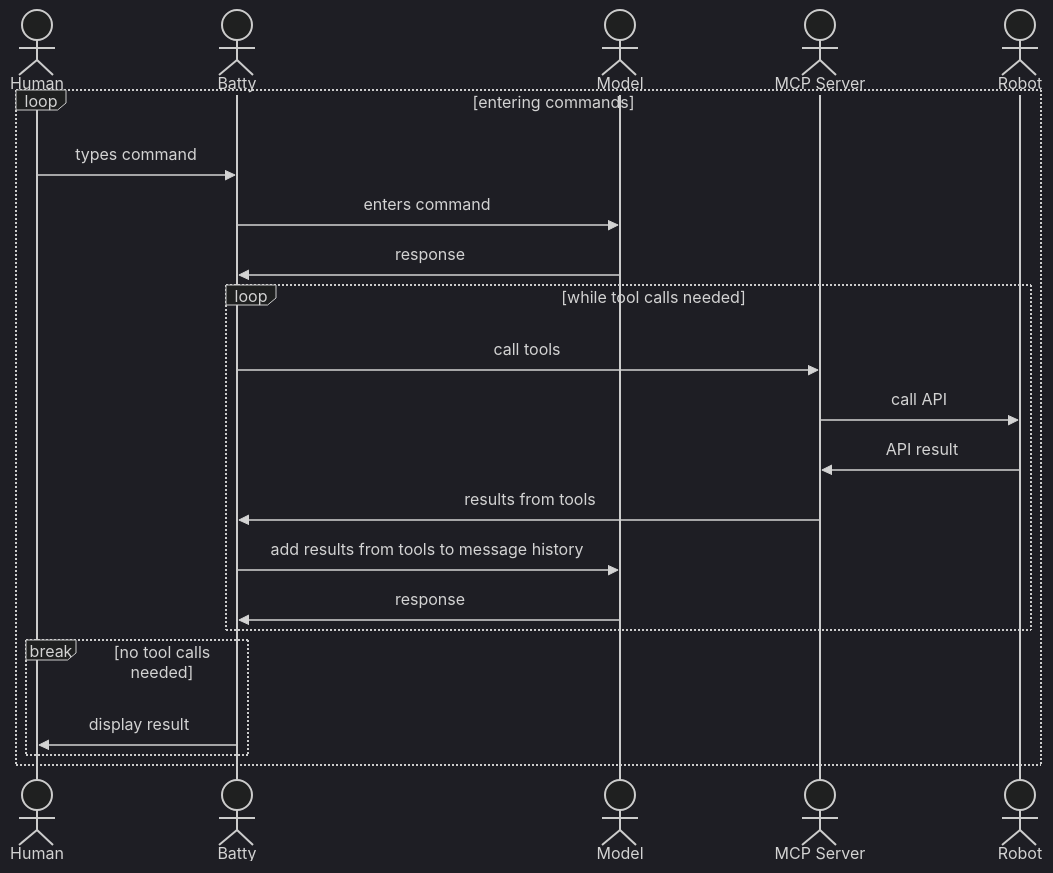
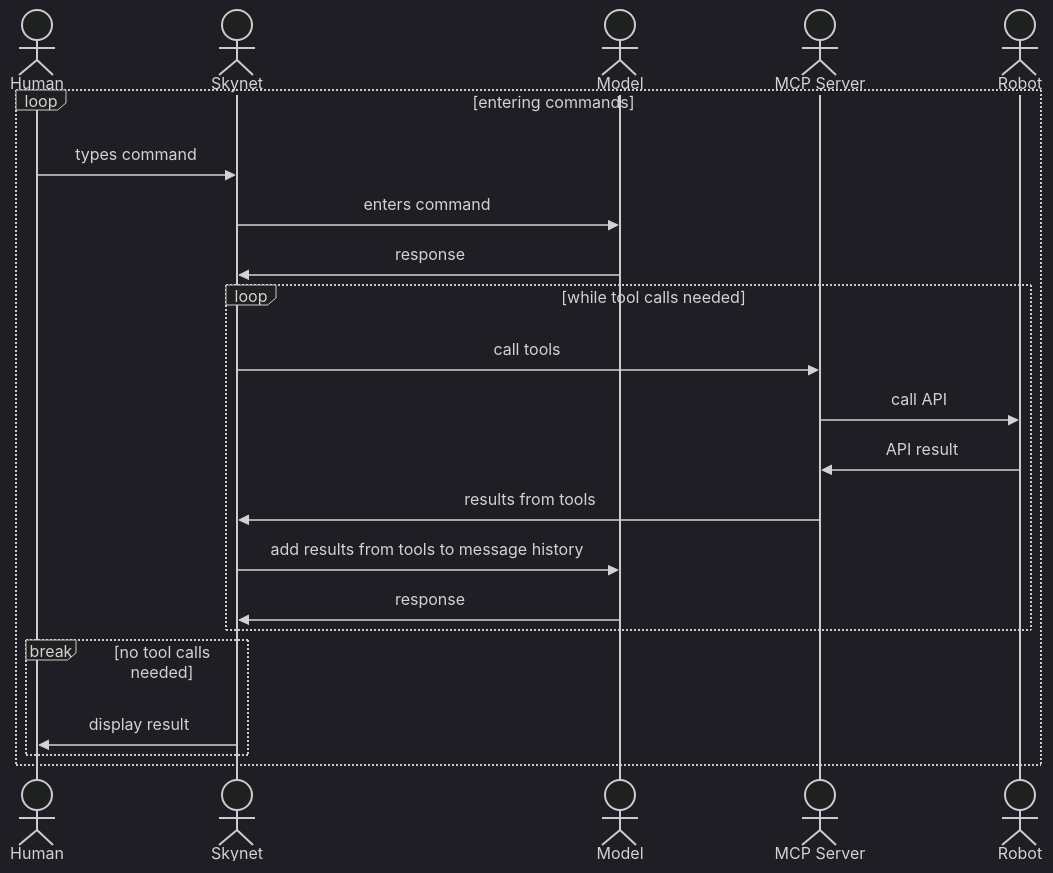
The second of 2 diagrams in README.md (hybridgroup/batty), drawn with Mermaid (dark theme) before and after one commit. The commit also changed other lines of this file and 3 other files, not shown here.

````diff
--- a/README.md
+++ b/README.md
@@ -39,24 +43,24 @@
 ```mermaid
 sequenceDiagram
         actor Human
-        actor Batty
+        actor Skynet
         actor Model
         actor MCP Server
         actor Robot
         loop entering commands
-            Human->>Batty: types command
-            Batty->>Model: enters command
-            Model->>Batty: response
+            Human->>Skynet: types command
+            Skynet->>Model: enters command
+            Model->>Skynet: response
             loop while tool calls needed
-                Batty->>MCP Server: call tools
+                Skynet->>MCP Server: call tools
                 MCP Server->>Robot: call API
                 Robot->>MCP Server: API result
-                MCP Server->>Batty: results from tools
-                Batty->>Model: add results from tools to message history
-                Model->>Batty: response
+                MCP Server->>Skynet: results from tools
+                Skynet->>Model: add results from tools to message history
+                Model->>Skynet: response
             end
             break no tool calls needed
-                Batty->>Human: display result
+                Skynet->>Human: display result
             end
         end
 ```
````
